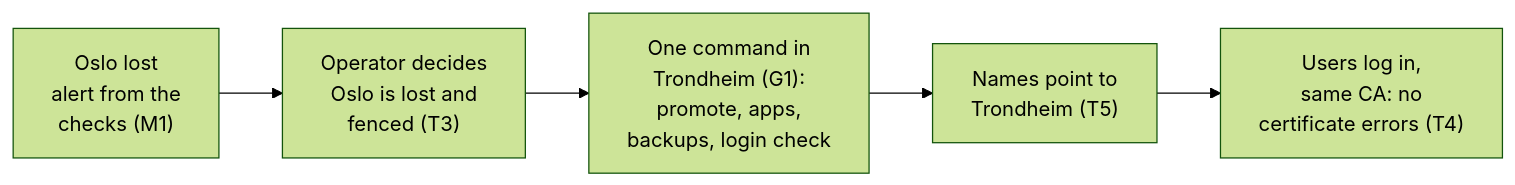
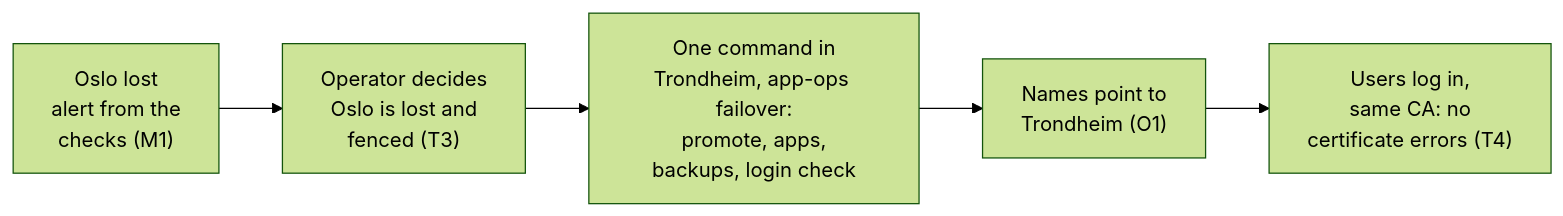
One commit to gunstein/podman_test changed the second of 2 diagrams in docs/TARGET-PICTURE.md. Above: the diagram before and after it, drawn with Mermaid (forest theme). The commit also changed other lines of this file and 1 other file, not shown here.

First line of the commit message:
Tidy the backlog: open items only, current figures, one ID scheme

````diff
--- a/docs/TARGET-PICTURE.md
+++ b/docs/TARGET-PICTURE.md
@@ -44,7 +44,7 @@
 ```mermaid
 flowchart LR
   a["Oslo lost<br>alert from the<br>checks (M1)"] --> b["Operator decides<br>Oslo is lost and<br>fenced (T3)"]
-  b --> c["One command in<br>Trondheim (G1):<br>promote, apps,<br>backups, login check"]
-  c --> d["Names point to<br>Trondheim (T5)"]
+  b --> c["One command in<br>Trondheim, app-ops failover:<br>promote, apps,<br>backups, login check"]
+  c --> d["Names point to<br>Trondheim (O1)"]
   d --> e["Users log in,<br>same CA: no<br>certificate errors (T4)"]
 ```
````
